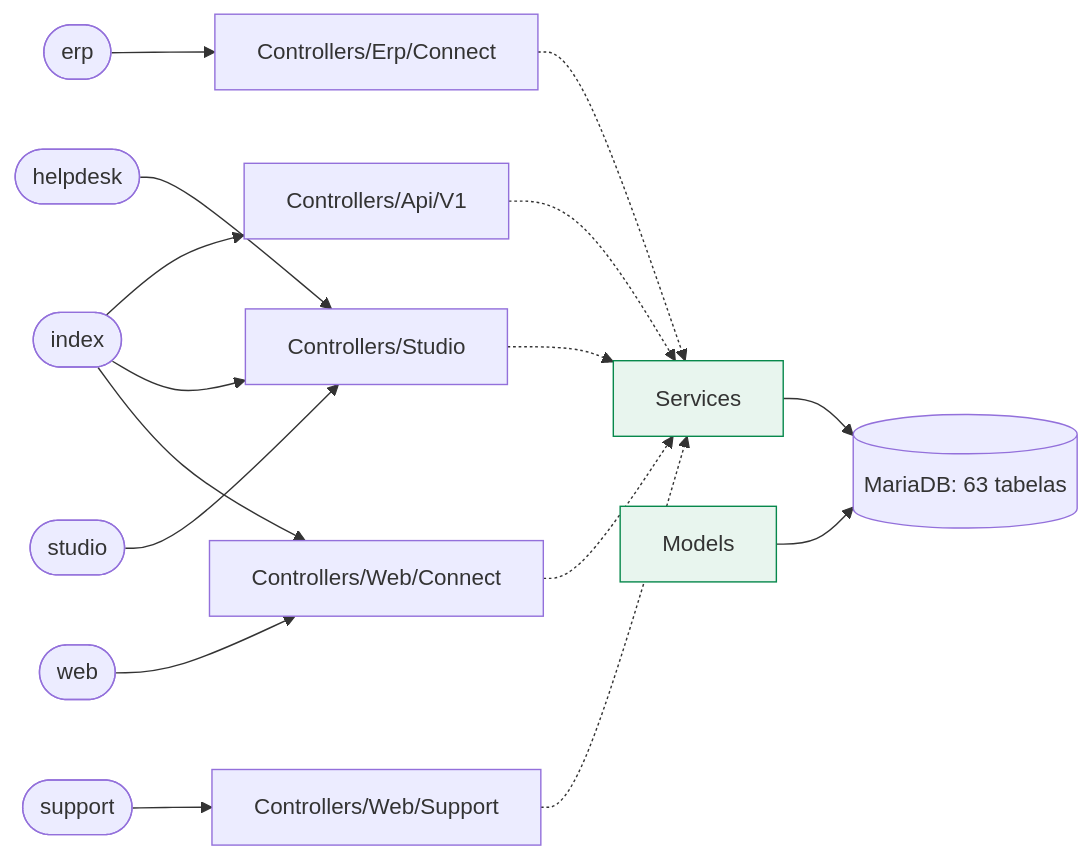
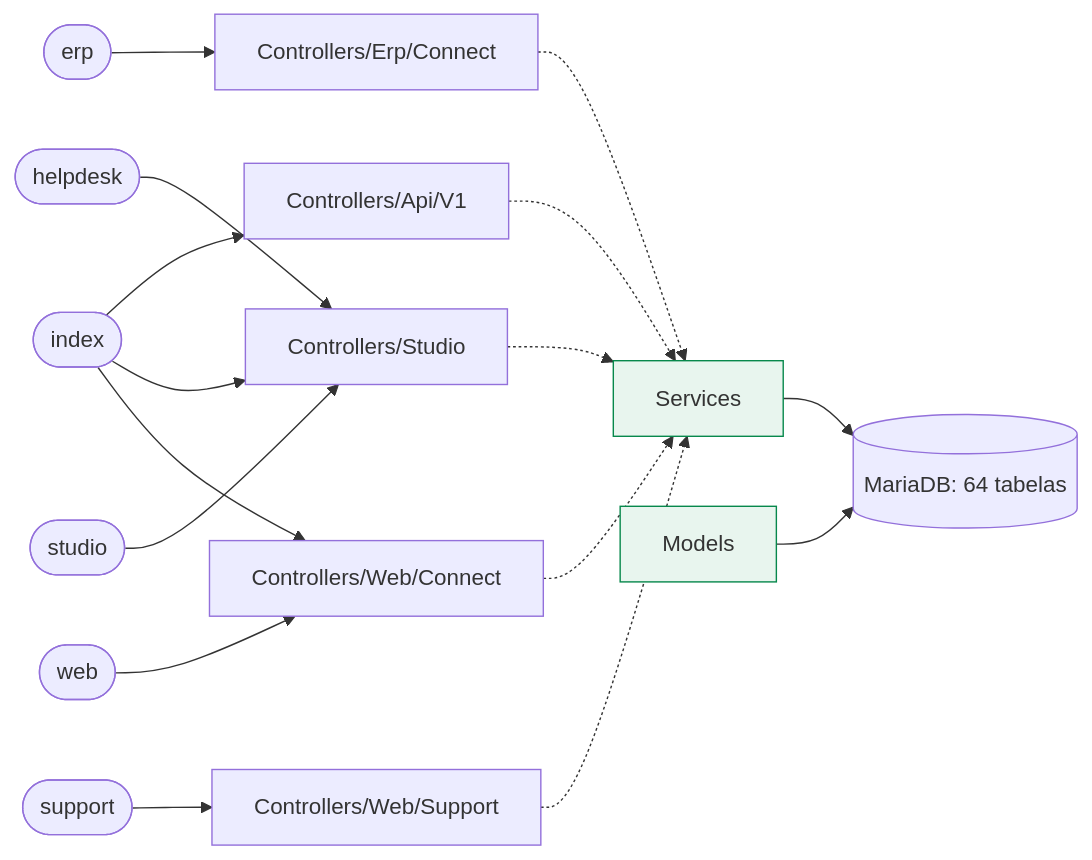
One commit to djalmamartins/connect-erp changed the first of 2 diagrams in docs/map/README.md. Above: the diagram before and after it, drawn with Mermaid. The commit also changed other lines of this file and 1 other file, not shown here.

````diff
--- a/docs/map/README.md
+++ b/docs/map/README.md
@@ -13,28 +13,28 @@
 ```mermaid
 flowchart LR
   env_erp(["erp"])
   env_erp --> pkg_Controllers_Erp_Connect["Controllers/Erp/Connect"]
   env_helpdesk(["helpdesk"])
   env_helpdesk --> pkg_Controllers_Studio["Controllers/Studio"]
   env_index(["index"])
   env_index --> pkg_Controllers_Api_V1["Controllers/Api/V1"]
   env_index --> pkg_Controllers_Studio["Controllers/Studio"]
   env_index --> pkg_Controllers_Web_Connect["Controllers/Web/Connect"]
   env_studio(["studio"])
   env_studio --> pkg_Controllers_Studio["Controllers/Studio"]
   env_support(["support"])
   env_support --> pkg_Controllers_Web_Support["Controllers/Web/Support"]
   env_web(["web"])
   env_web --> pkg_Controllers_Web_Connect["Controllers/Web/Connect"]
   pkg_svc["Services"]:::svc
   pkg_mdl["Models"]:::svc
-  db[("MariaDB: 63 tabelas")]
+  db[("MariaDB: 64 tabelas")]
   pkg_Controllers_Api_V1 -.-> pkg_svc
   pkg_Controllers_Erp_Connect -.-> pkg_svc
   pkg_Controllers_Studio -.-> pkg_svc
   pkg_Controllers_Web_Connect -.-> pkg_svc
   pkg_Controllers_Web_Support -.-> pkg_svc
   pkg_svc --> db
   pkg_mdl --> db
   classDef svc fill:#e8f5ee,stroke:#07884c
 ```
````
